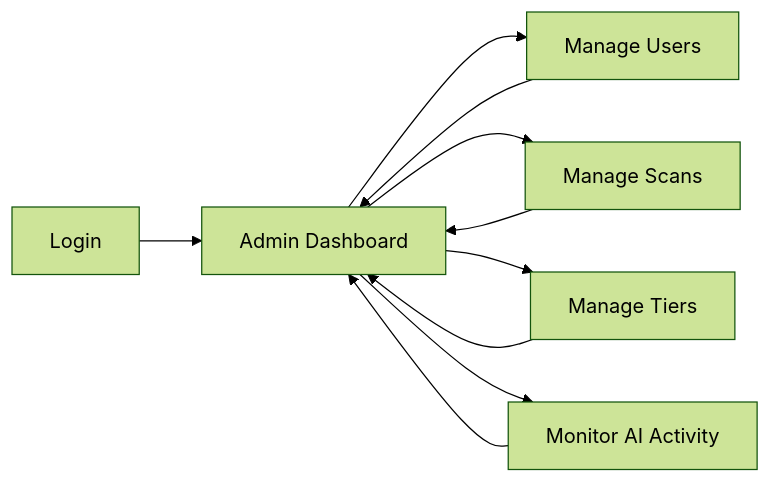
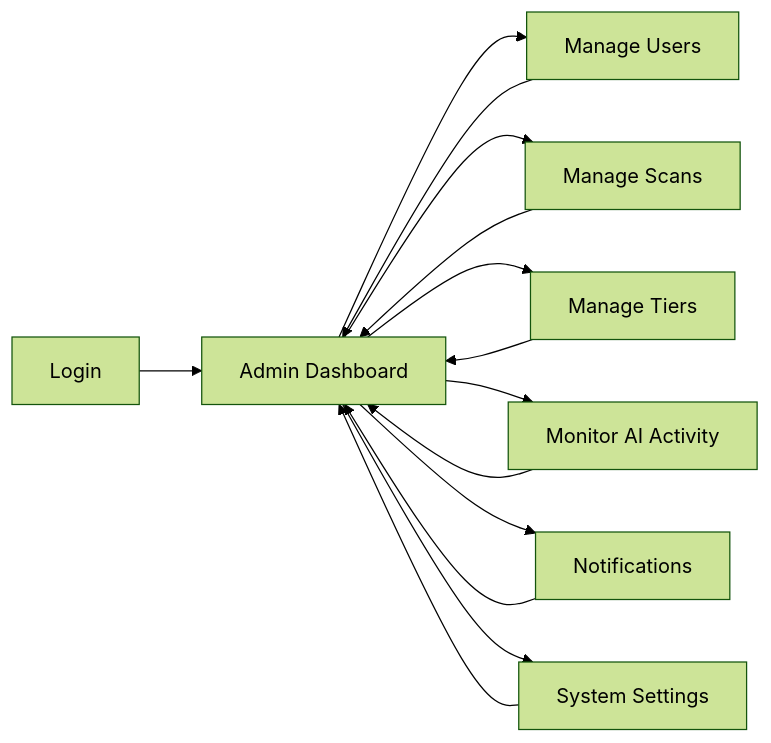
The second of 2 diagrams in docs/01-sitemap-and-information-architecture.md (Ahmed-Maher77/Kashf___AI-powered-Electricity-Consumption-Assistant), drawn with Mermaid (forest theme) before and after one commit. The commit also changed other lines of this file, not shown here.

````diff
--- a/docs/01-sitemap-and-information-architecture.md
+++ b/docs/01-sitemap-and-information-architecture.md
@@ -877,12 +1016,16 @@
 ```mermaid
 flowchart LR
   L[Login] --> AD[Admin Dashboard]
   AD --> U[Manage Users]
   AD --> S[Manage Scans]
   AD --> T[Manage Tiers]
   AD --> AI[Monitor AI Activity]
+  AD --> N[Notifications]
+  AD --> SYS[System Settings]
   U --> AD
   S --> AD
   T --> AD
   AI --> AD
+  N --> AD
+  SYS --> AD
 ```
````
